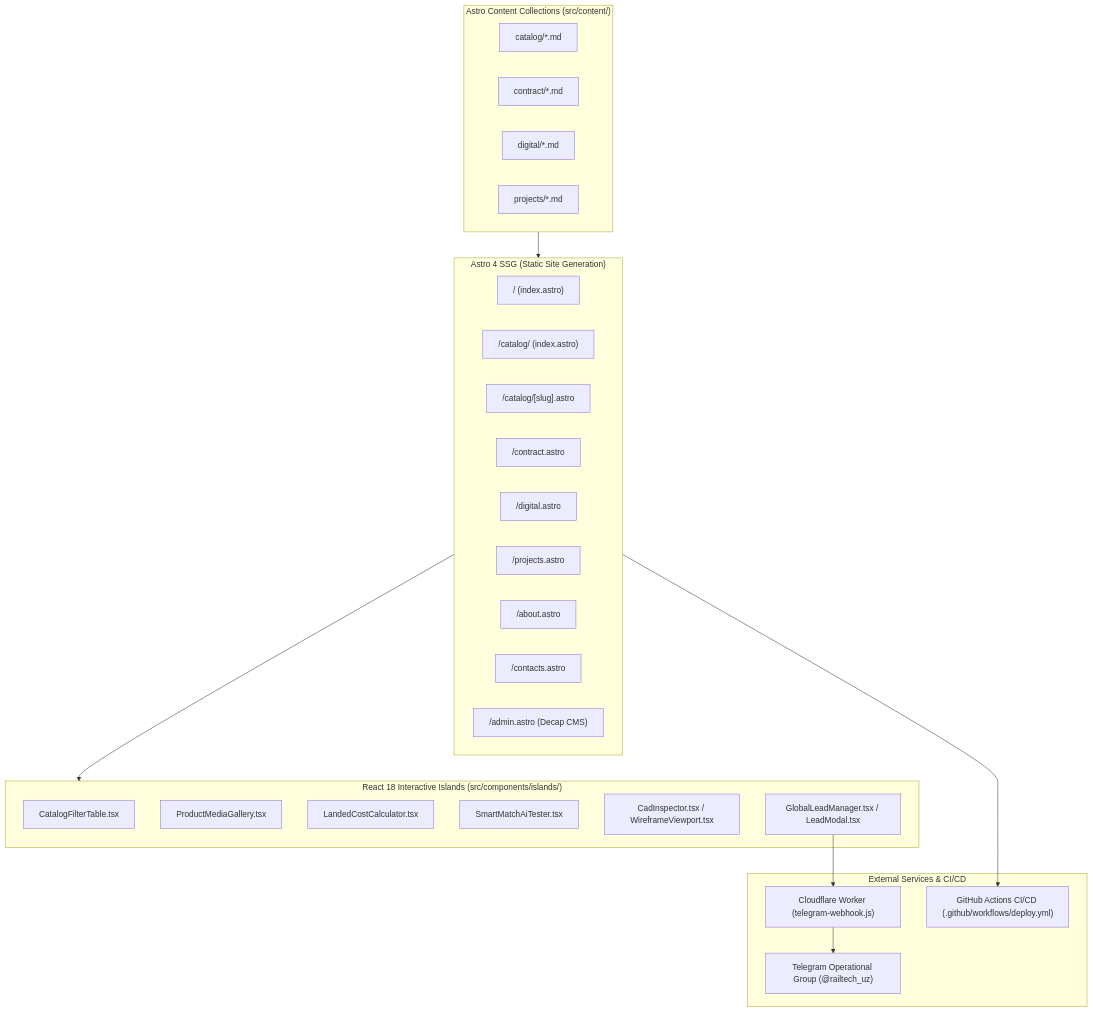
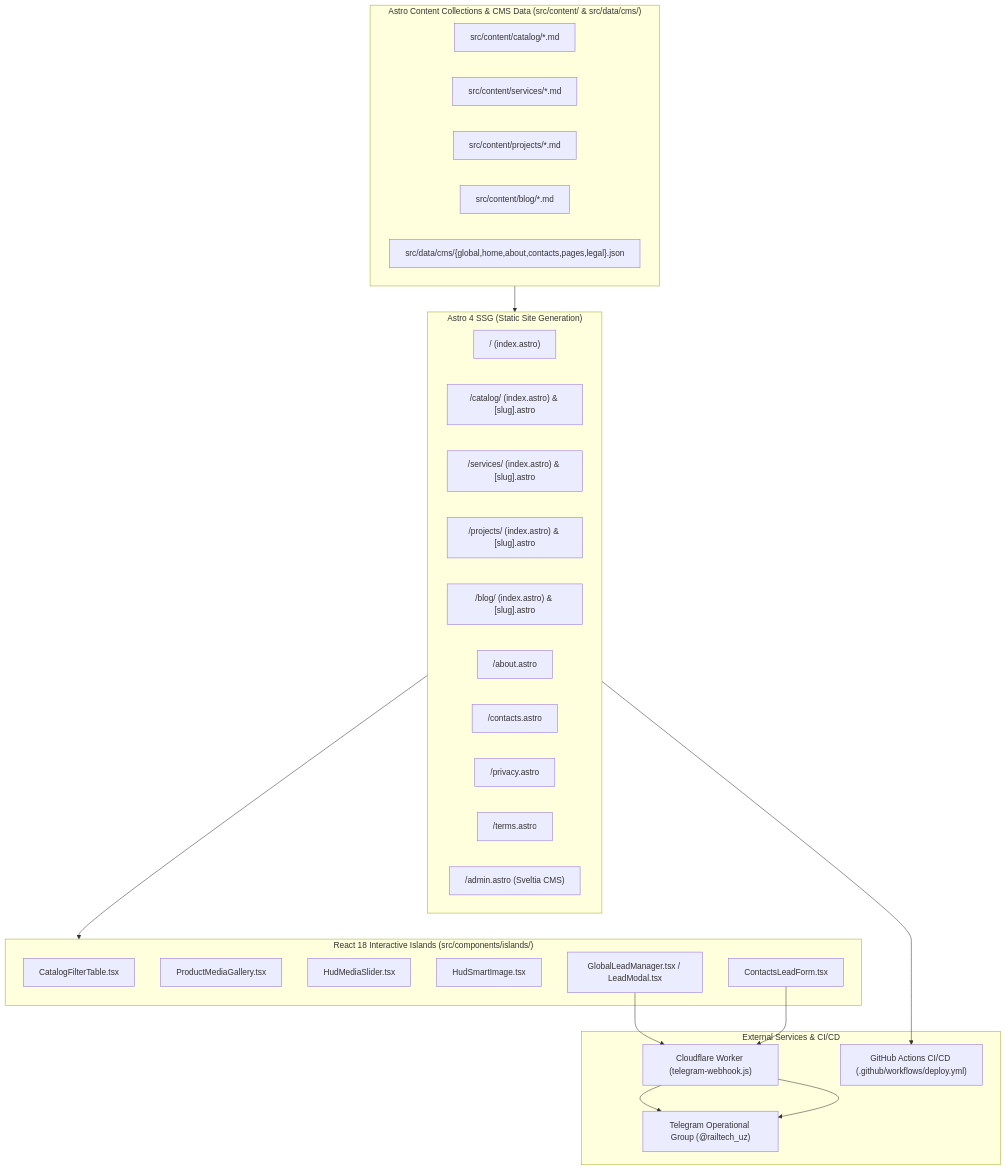
One commit to nzulkaynarov/rt-corporate-website changed the diagram in docs/ARCHITECTURE.md. Above: the diagram before and after it, drawn with Mermaid. The commit also changed other lines of this file and 27 other files, not shown here.

First line of the commit message:
fix(cms): sync admin schema with all CMS data, honest lead delivery, remove dead data

````diff
--- a/docs/ARCHITECTURE.md
+++ b/docs/ARCHITECTURE.md
@@ -5,41 +5,44 @@
 ```mermaid
 flowchart TD
     subgraph SSG_LAYER["Astro 4 SSG (Static Site Generation)"]
         HOME["/ (index.astro)"]
-        CATALOG["/catalog/ (index.astro)"]
-        PRODUCT["/catalog/[slug].astro"]
-        CONTRACT["/contract.astro"]
-        DIGITAL["/digital.astro"]
-        PROJECTS["/projects.astro"]
+        CATALOG["/catalog/ (index.astro) & [slug].astro"]
+        SERVICES["/services/ (index.astro) & [slug].astro"]
+        PROJECTS["/projects/ (index.astro) & [slug].astro"]
+        BLOG["/blog/ (index.astro) & [slug].astro"]
         ABOUT["/about.astro"]
         CONTACTS["/contacts.astro"]
-        ADMIN["/admin.astro (Decap CMS)"]
+        PRIVACY["/privacy.astro"]
+        TERMS["/terms.astro"]
+        ADMIN["/admin.astro (Sveltia CMS)"]
     end
 
-    subgraph CONTENT_LAYER["Astro Content Collections (src/content/)"]
-        CAT_MD["catalog/*.md"]
-        CON_MD["contract/*.md"]
-        DIG_MD["digital/*.md"]
-        PRJ_MD["projects/*.md"]
+    subgraph CONTENT_LAYER["Astro Content Collections & CMS Data (src/content/ & src/data/cms/)"]
+        CAT_MD["src/content/catalog/*.md"]
+        SRV_MD["src/content/services/*.md"]
+        PRJ_MD["src/content/projects/*.md"]
+        BLG_MD["src/content/blog/*.md"]
+        CMS_JSON["src/data/cms/{global,home,about,contacts,pages,legal}.json"]
     end
 
     subgraph ISLANDS_LAYER["React 18 Interactive Islands (src/components/islands/)"]
         FILTER_ISLAND["CatalogFilterTable.tsx"]
         MEDIA_ISLAND["ProductMediaGallery.tsx"]
-        CALC_ISLAND["LandedCostCalculator.tsx"]
-        AI_ISLAND["SmartMatchAiTester.tsx"]
-        CAD_ISLAND["CadInspector.tsx / WireframeViewport.tsx"]
+        SLIDER_ISLAND["HudMediaSlider.tsx"]
+        IMAGE_ISLAND["HudSmartImage.tsx"]
+        CONTACTS_ISLAND["ContactsLeadForm.tsx"]
         LEAD_ISLAND["GlobalLeadManager.tsx / LeadModal.tsx"]
     end
 
     subgraph EXTERNAL_INTEGRATIONS["External Services & CI/CD"]
         CF_WORKER["Cloudflare Worker (telegram-webhook.js)"]
         TG_BOT["Telegram Operational Group (@railtech_uz)"]
         GH_PAGES["GitHub Actions CI/CD (.github/workflows/deploy.yml)"]
     end
 
     CONTENT_LAYER --> SSG_LAYER
     SSG_LAYER --> ISLANDS_LAYER
     LEAD_ISLAND --> CF_WORKER --> TG_BOT
+    CONTACTS_ISLAND --> CF_WORKER --> TG_BOT
     SSG_LAYER --> GH_PAGES
 ```
````
